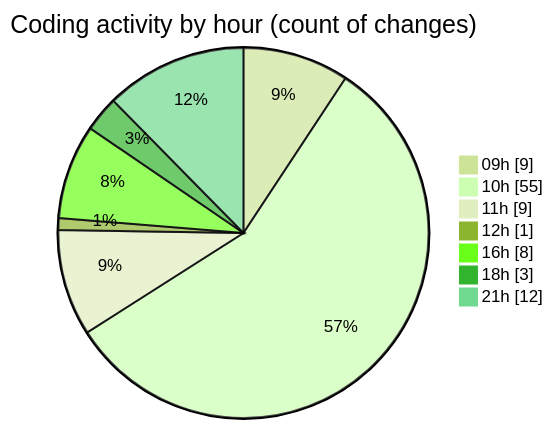
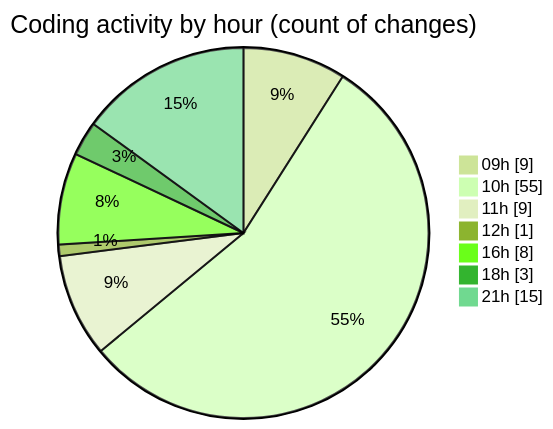
Before and after one commit to robertbonfada/code-tracking: the second of 2 diagrams in 2025-03-04/termonied_testador/README.md, drawn with Mermaid (forest theme). The commit also changed other lines of this file and 1 other file, not shown here.

````diff
--- a/2025-03-04/termonied_testador/README.md
+++ b/2025-03-04/termonied_testador/README.md
@@ -44,11 +46,11 @@
 ```mermaid
 pie showData
 title Coding activity by hour (count of changes)
 "09h" : 9
 "10h" : 55
 "11h" : 9
 "12h" : 1
 "16h" : 8
 "18h" : 3
-"21h" : 12
+"21h" : 15
 ```
````
